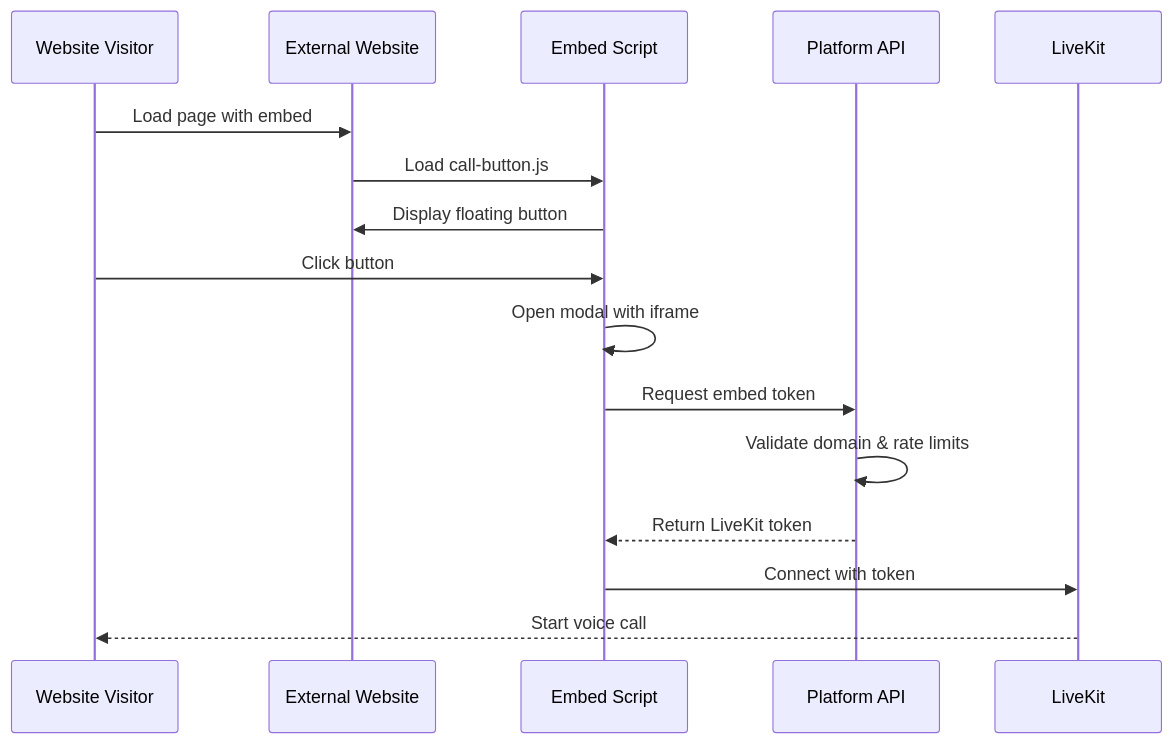
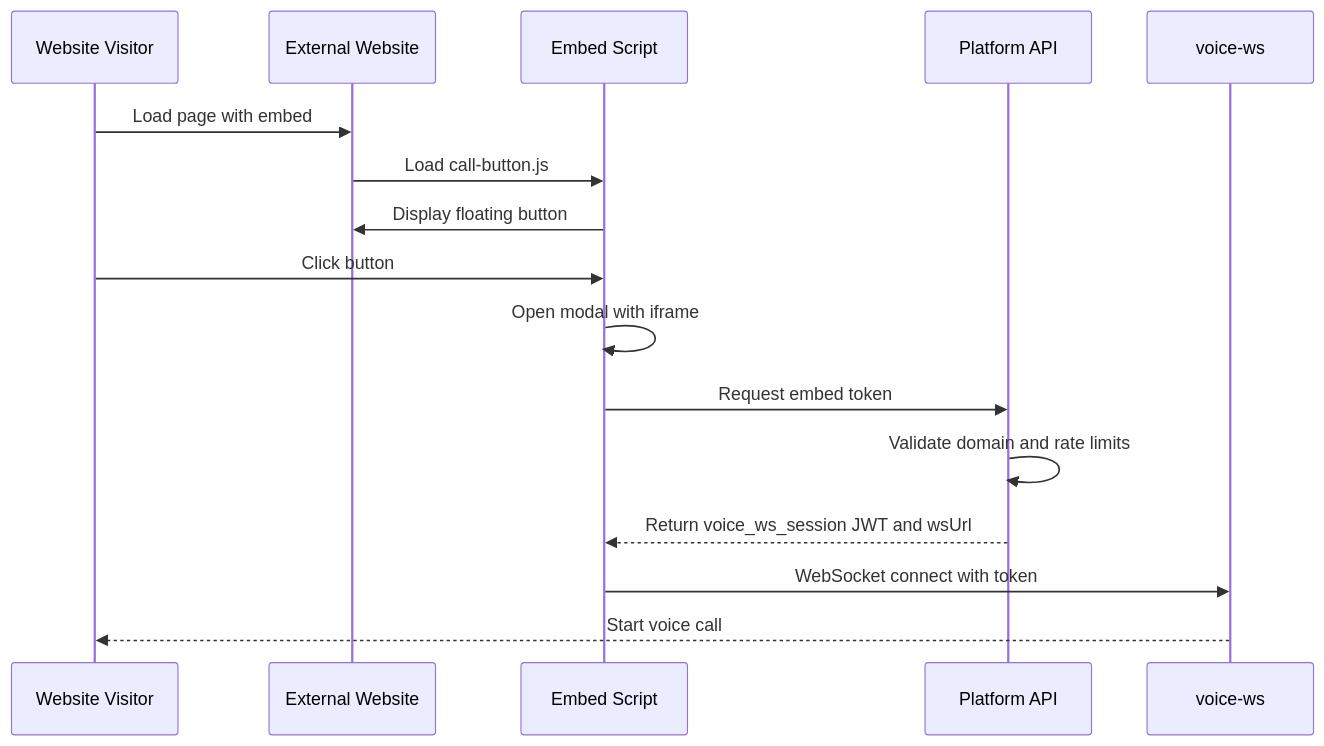
One commit to gauravdhiman/a1-voice-agent-platform changed the diagram in docs/02_features/voice_agents/embed_button.md. Above: the diagram before and after it, drawn with Mermaid. The commit also changed other lines of this file and 69 other files, not shown here.

First line of the commit message:
feat(voice): complete Pipecat cutover for all call surfaces

````diff
--- a/docs/02_features/voice_agents/embed_button.md
+++ b/docs/02_features/voice_agents/embed_button.md
@@ -64,20 +64,20 @@
 ```mermaid
 sequenceDiagram
     participant Visitor as Website Visitor
     participant Website as External Website
     participant Script as Embed Script
     participant Platform as Platform API
-    participant LiveKit as LiveKit
+    participant VoiceWs as voice-ws
 
     Visitor->>Website: Load page with embed
     Website->>Script: Load call-button.js
     Script->>Website: Display floating button
     
     Visitor->>Script: Click button
     Script->>Script: Open modal with iframe
     Script->>Platform: Request embed token
-    Platform->>Platform: Validate domain & rate limits
-    Platform-->>Script: Return LiveKit token
-    Script->>LiveKit: Connect with token
-    LiveKit-->>Visitor: Start voice call
+    Platform->>Platform: Validate domain and rate limits
+    Platform-->>Script: Return voice_ws_session JWT and wsUrl
+    Script->>VoiceWs: WebSocket connect with token
+    VoiceWs-->>Visitor: Start voice call
 ```
````
